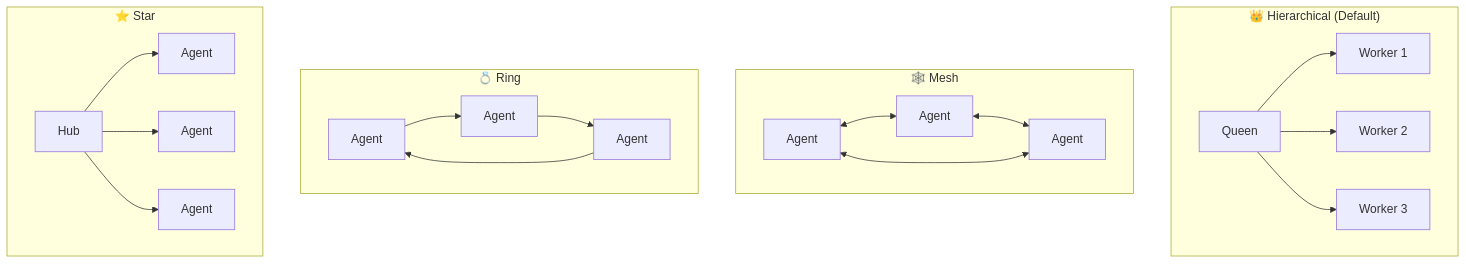
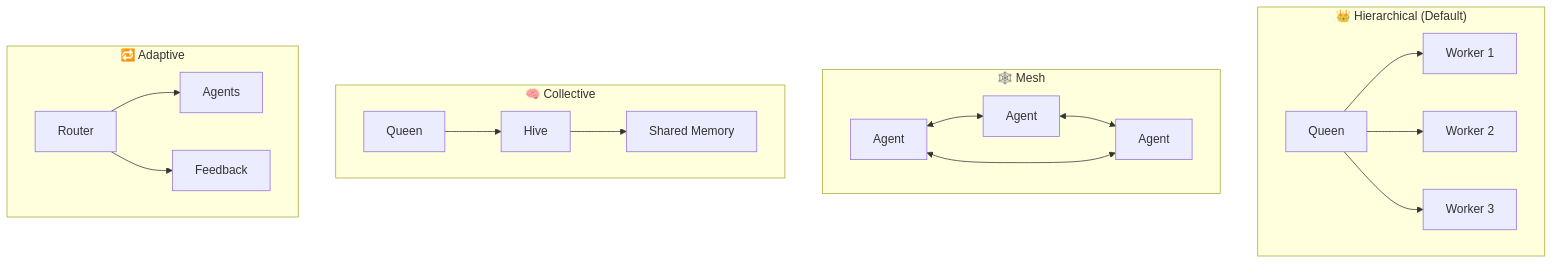
Before and after one commit to hypnwtykvmpr/hive-flow: the fifth of 6 diagrams in README.md, drawn with Mermaid. The commit also changed other lines of this file, not shown here.

````diff
--- a/README.md
+++ b/README.md
@@ -1042,26 +1070,24 @@
 ```mermaid
 flowchart TB
     subgraph Hierarchical["👑 Hierarchical (Default)"]
         Q1[Queen] --> W1[Worker 1]
         Q1 --> W2[Worker 2]
         Q1 --> W3[Worker 3]
     end
 
     subgraph Mesh["🕸️ Mesh"]
         M1[Agent] <--> M2[Agent]
         M2 <--> M3[Agent]
         M3 <--> M1[Agent]
     end
 
-    subgraph Ring["💍 Ring"]
-        R1[Agent] --> R2[Agent]
-        R2 --> R3[Agent]
-        R3 --> R1
+    subgraph Collective["🧠 Collective"]
+        C1[Queen] --> C2[Hive]
+        C2 --> C3[Shared Memory]
     end
 
-    subgraph Star["⭐ Star"]
-        S1[Hub] --> S2[Agent]
-        S1 --> S3[Agent]
-        S1 --> S4[Agent]
+    subgraph Adaptive["🔁 Adaptive"]
+        A1[Router] --> A2[Agents]
+        A1 --> A3[Feedback]
     end
 ```
````
